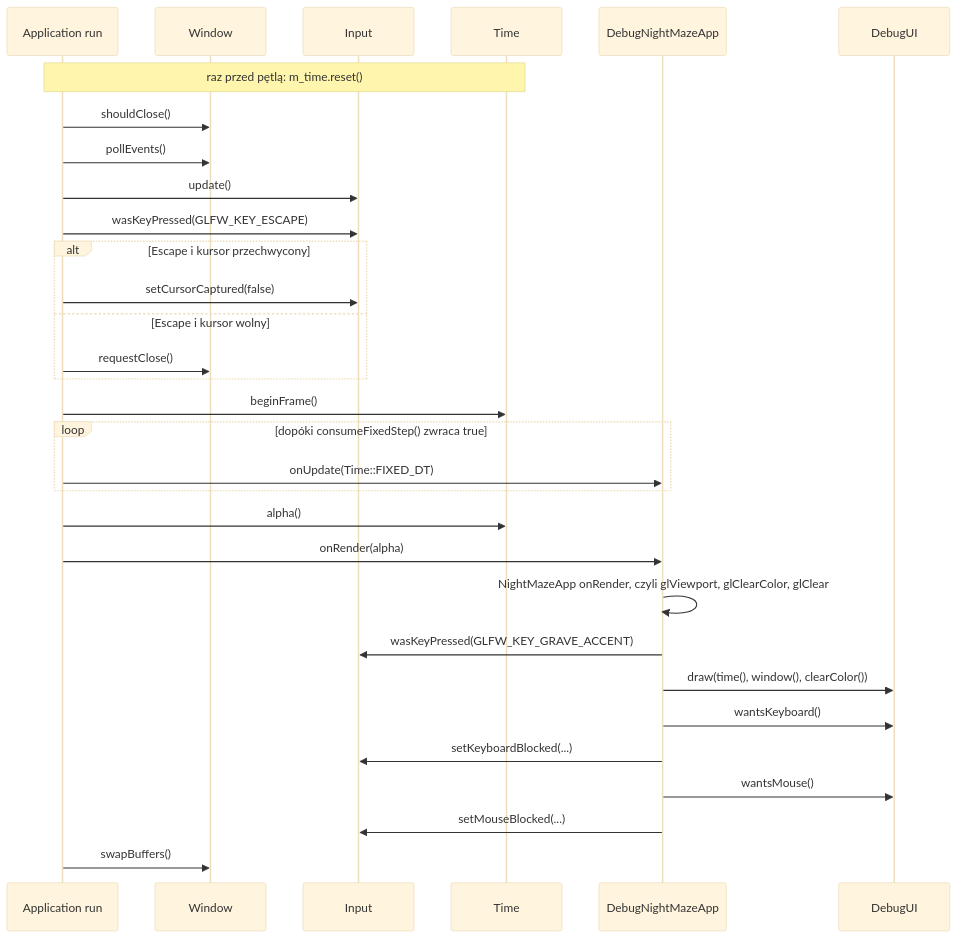
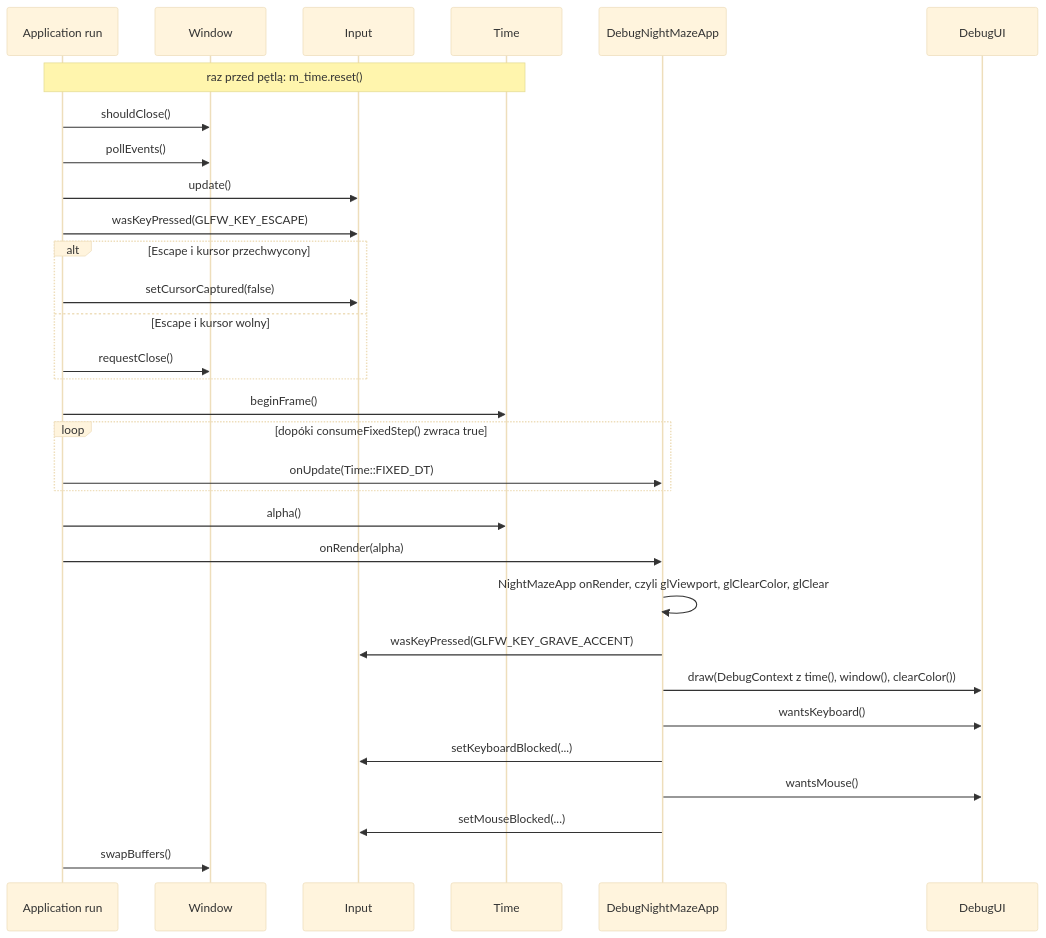
Before and after one commit to Shironex/night-maze: the second of 3 diagrams in docs/modules/core/README.md, drawn with Mermaid (base theme). The commit also changed other lines of this file and 10 other files, not shown here.

First line of the commit message:
refactor(debug): pass one context struct to DebugUI::draw

````diff
--- a/docs/modules/core/README.md
+++ b/docs/modules/core/README.md
@@ -67,33 +67,33 @@
 ```mermaid
 sequenceDiagram
     participant Run as Application run
     participant Win as Window
     participant In as Input
     participant T as Time
     participant App as DebugNightMazeApp
     participant UI as DebugUI
     Note over Run,T: raz przed pętlą: m_time.reset()
     Run->>Win: shouldClose()
     Run->>Win: pollEvents()
     Run->>In: update()
     Run->>In: wasKeyPressed(GLFW_KEY_ESCAPE)
     alt Escape i kursor przechwycony
         Run->>In: setCursorCaptured(false)
     else Escape i kursor wolny
         Run->>Win: requestClose()
     end
     Run->>T: beginFrame()
     loop dopóki consumeFixedStep() zwraca true
         Run->>App: onUpdate(Time::FIXED_DT)
     end
     Run->>T: alpha()
     Run->>App: onRender(alpha)
     App->>App: NightMazeApp onRender, czyli glViewport, glClearColor, glClear
     App->>In: wasKeyPressed(GLFW_KEY_GRAVE_ACCENT)
-    App->>UI: draw(time(), window(), clearColor())
+    App->>UI: draw(DebugContext z time(), window(), clearColor())
     App->>UI: wantsKeyboard()
     App->>In: setKeyboardBlocked(...)
     App->>UI: wantsMouse()
     App->>In: setMouseBlocked(...)
     Run->>Win: swapBuffers()
 ```
````
